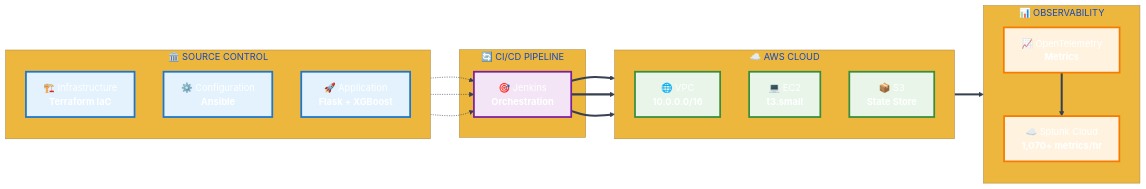
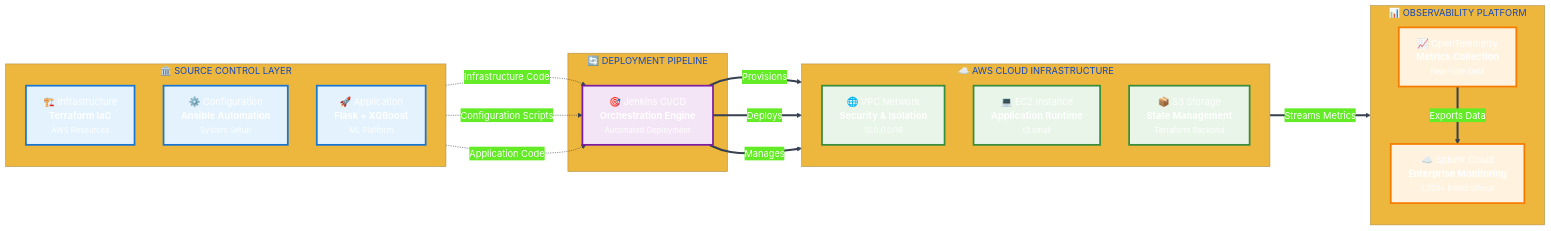
One commit to andreaendigital/CarPricePredictor-Demo changed the first of 4 diagrams in docs/jenkins/DOCUMENTATION_FOR_EXPO.md. Above: the diagram before and after it, drawn with Mermaid.

Commit message:
docs: Restore detailed information to Enterprise Architecture Overview
- Add back comprehensive component descriptions and technical specifications
- Include detailed subgraph titles (SOURCE CONTROL LAYER, DEPLOYMENT PIPELINE, etc.)
- Restore descriptive subtitles for each component (AWS Resources, System Setup, ML Platform)
- Add back labeled connections showing data flow relationships
- Maintain professional enterprise styling while restoring full technical detail
- Complete architecture information for stakeholder presentations

````diff
--- a/docs/jenkins/DOCUMENTATION_FOR_EXPO.md
+++ b/docs/jenkins/DOCUMENTATION_FOR_EXPO.md
@@ -54,49 +54,49 @@
 ```mermaid
 %%{init: {'theme': 'base', 'themeVariables': {'primaryColor': '#2563eb', 'primaryTextColor': '#ffffff', 'lineColor': '#374151'}}}%%
 
 flowchart LR
-    subgraph SC ["🏛️ SOURCE CONTROL"]
+    subgraph SC ["🏛️ SOURCE CONTROL LAYER"]
         direction TB
-        A["🏗️ Infrastructure<br/><b>Terraform IaC</b>"]
-        B["⚙️ Configuration<br/><b>Ansible</b>"]
-        C["🚀 Application<br/><b>Flask + XGBoost</b>"]
+        A["🏗️ Infrastructure<br/><b>Terraform IaC</b><br/><small>AWS Resources</small>"]
+        B["⚙️ Configuration<br/><b>Ansible Automation</b><br/><small>System Setup</small>"]
+        C["🚀 Application<br/><b>Flask + XGBoost</b><br/><small>ML Platform</small>"]
     end
 
-    subgraph DP ["🔄 CI/CD PIPELINE"]
-        D["🎯 Jenkins<br/><b>Orchestration</b>"]
+    subgraph DP ["🔄 DEPLOYMENT PIPELINE"]
+        D["🎯 Jenkins CI/CD<br/><b>Orchestration Engine</b><br/><small>Automated Deployment</small>"]
     end
 
-    subgraph AWS ["☁️ AWS CLOUD"]
+    subgraph AWS ["☁️ AWS CLOUD INFRASTRUCTURE"]
         direction TB
-        E["🌐 VPC<br/><b>10.0.0.0/16</b>"]
-        F["💻 EC2<br/><b>t3.small</b>"]
-        G["📦 S3<br/><b>State Store</b>"]
+        E["🌐 VPC Network<br/><b>Security & Isolation</b><br/><small>10.0.0.0/16</small>"]
+        F["💻 EC2 Instance<br/><b>Application Runtime</b><br/><small>t3.small</small>"]
+        G["📦 S3 Storage<br/><b>State Management</b><br/><small>Terraform Backend</small>"]
     end
 
-    subgraph OBS ["📊 OBSERVABILITY"]
+    subgraph OBS ["📊 OBSERVABILITY PLATFORM"]
         direction TB
-        H["📈 OpenTelemetry<br/><b>Metrics</b>"]
-        I["☁️ Splunk Cloud<br/><b>1,070+ metrics/hr</b>"]
+        H["📈 OpenTelemetry<br/><b>Metrics Collection</b><br/><small>Real-time Data</small>"]
+        I["☁️ Splunk Cloud<br/><b>Enterprise Monitoring</b><br/><small>1,070+ metrics/hour</small>"]
     end
 
-    A -.-> D
-    B -.-> D
-    C -.-> D
+    A -.->|"Infrastructure Code"| D
+    B -.->|"Configuration Scripts"| D
+    C -.->|"Application Code"| D
 
-    D ==> E
-    D ==> F
-    D ==> G
+    D ==>|"Provisions"| E
+    D ==>|"Deploys"| F
+    D ==>|"Manages"| G
 
-    F ==> H
-    H ==> I
+    F ==>|"Streams Metrics"| H
+    H ==>|"Exports Data"| I
 
     classDef sourceControl fill:#e3f2fd,stroke:#1976d2,stroke-width:3px
     classDef deployment fill:#f3e5f5,stroke:#7b1fa2,stroke-width:3px
     classDef aws fill:#e8f5e8,stroke:#388e3c,stroke-width:3px
     classDef observability fill:#fff3e0,stroke:#f57c00,stroke-width:3px
 
     class A,B,C sourceControl
     class D deployment
     class E,F,G aws
     class H,I observability
 ```
````
